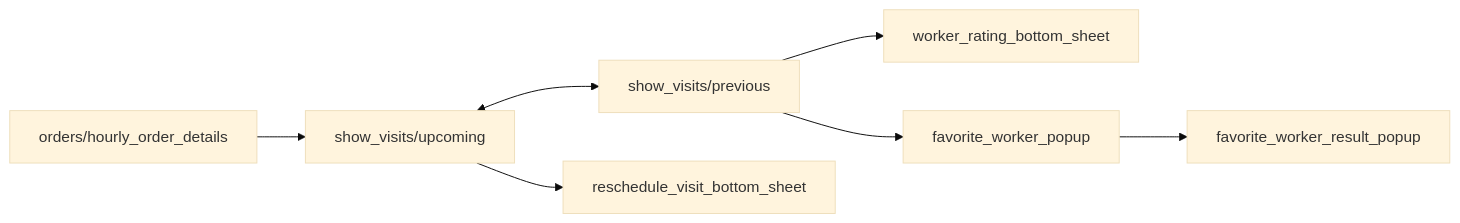
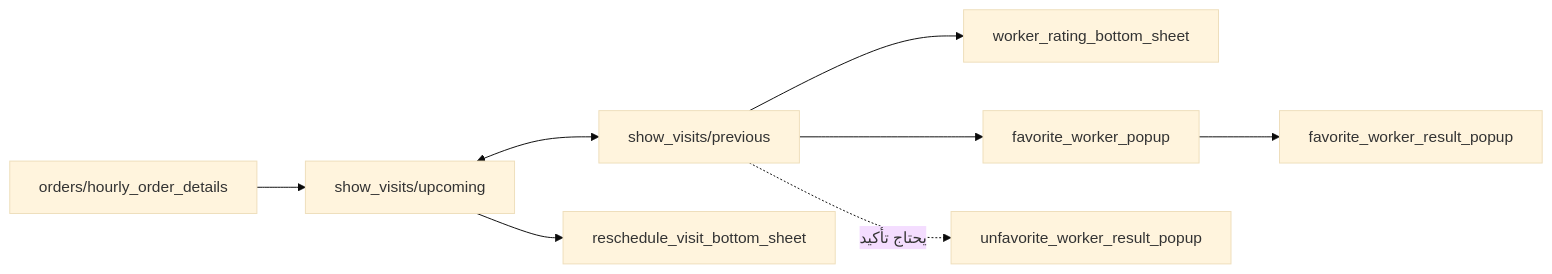
One commit to mmsanad7/belkhedma changed the diagram in project/product/features/visits.md. Above: the diagram before and after it, drawn with Mermaid (base theme). The commit also changed other lines of this file and 4 other files, not shown here.

Commit message:
Add unfavorite worker success popup and broken-heart icon

````diff
--- a/project/product/features/visits.md
+++ b/project/product/features/visits.md
@@ -8,8 +8,9 @@
 ```mermaid
 flowchart LR
     HD["orders/hourly_order_details"] --> U["show_visits/upcoming"]
     U <--> P["show_visits/previous"]
     U --> RS["reschedule_visit_bottom_sheet"]
     P --> WR["worker_rating_bottom_sheet"]
     P --> FW["favorite_worker_popup"] --> FWR["favorite_worker_result_popup"]
+    P -.->|"يحتاج تأكيد"| UFR["unfavorite_worker_result_popup"]
 ```
````
